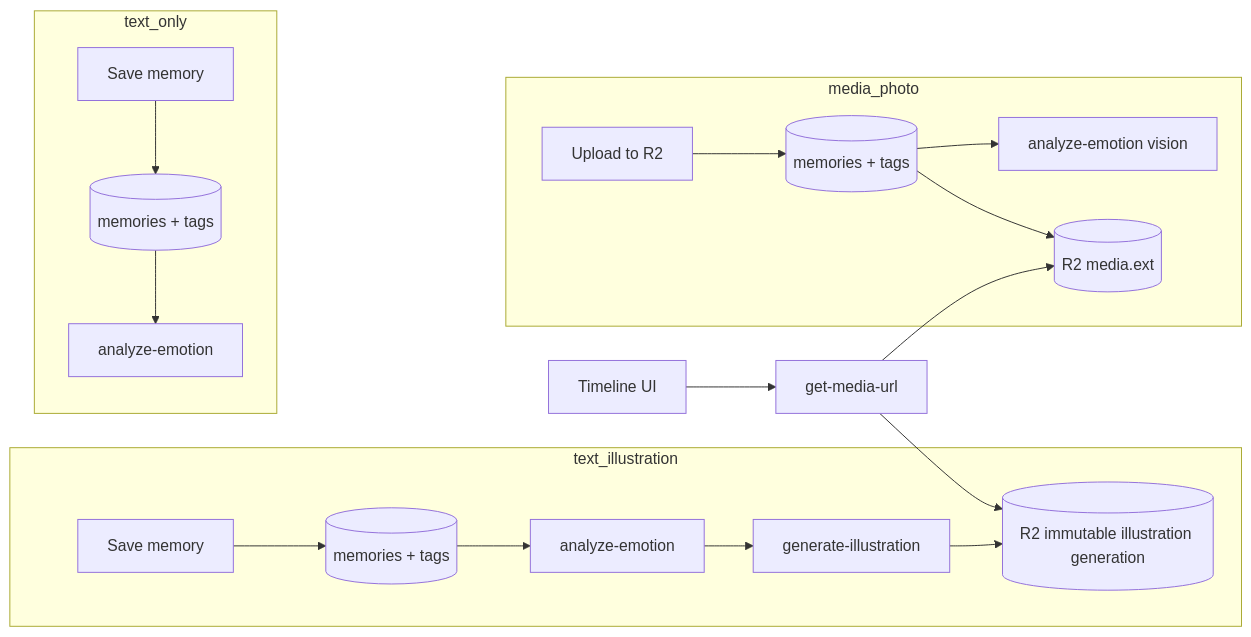
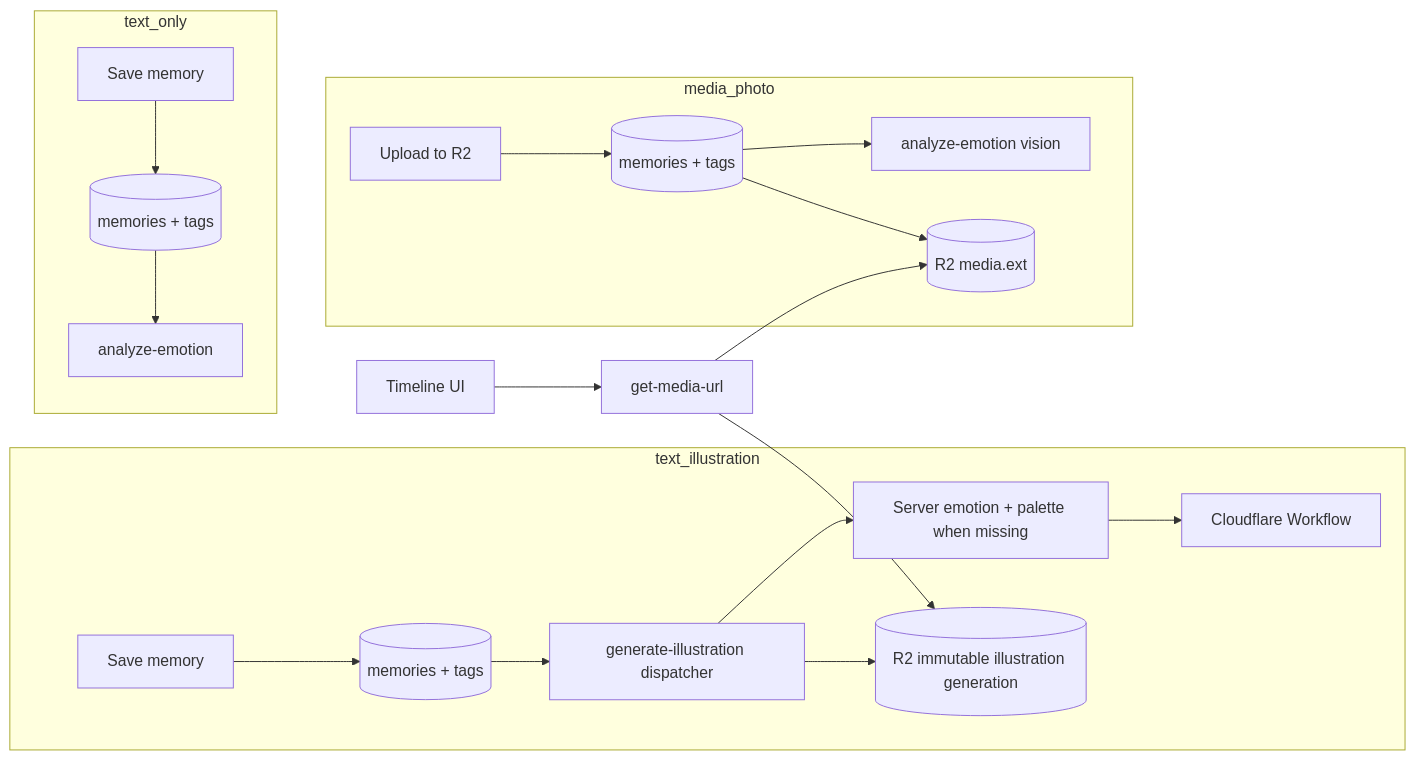
The diagram in docs/features/memories.md (eduardoyi/newmomora), drawn with Mermaid before and after one commit. The commit also changed other lines of this file and 57 other files, not shown here.

````diff
--- a/docs/features/memories.md
+++ b/docs/features/memories.md
@@ -195,24 +195,25 @@
 ```mermaid
 flowchart LR
   subgraph text_illustration
     SaveTI[Save memory] --> DB1[(memories + tags)]
-    DB1 --> Emotion[analyze-emotion]
-    Emotion --> Illustrate[generate-illustration]
+    DB1 --> Illustrate[generate-illustration dispatcher]
+    Illustrate --> Emotion[Server emotion + palette when missing]
+    Emotion --> Workflow[Cloudflare Workflow]
     Illustrate --> R2illus[(R2 immutable illustration generation)]
   end
 
   subgraph text_only
     SaveTO[Save memory] --> DB2[(memories + tags)]
     DB2 --> EmotionTO[analyze-emotion]
   end
 
   subgraph media_photo
     Upload[Upload to R2] --> DB3[(memories + tags)]
     DB3 --> EmotionPhoto[analyze-emotion vision]
     DB3 --> R2media[(R2 media.ext)]
   end
 
   Timeline[Timeline UI] --> MediaURL[get-media-url]
   MediaURL --> R2illus
   MediaURL --> R2media
 ```
````
